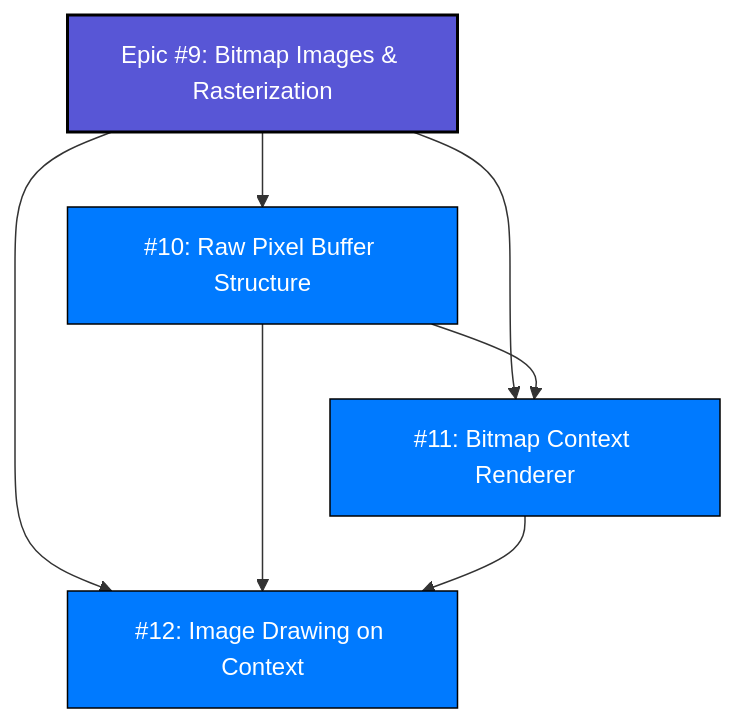
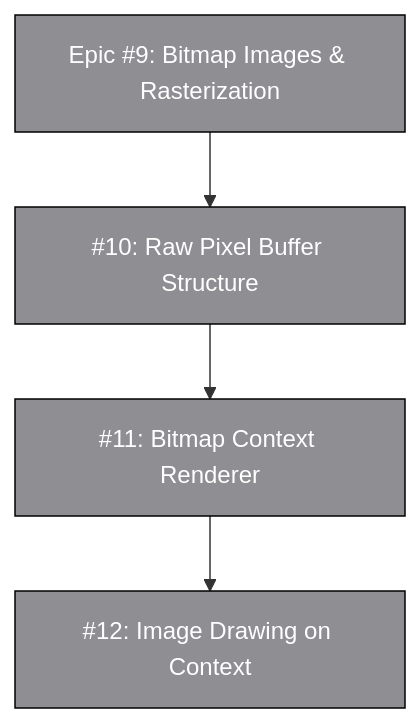
One commit to SlayerMotion/PureDraw changed the first of 4 diagrams in docs/quartz_missing_features_issues.md. Above: the diagram before and after it, drawn with Mermaid. The commit also changed other lines of this file and 1 other file, not shown here.

Commit message:
docs: standardize remaining diagrams with vertical flowchart TB and hex colors

````diff
--- a/docs/quartz_missing_features_issues.md
+++ b/docs/quartz_missing_features_issues.md
@@ -14,17 +14,16 @@
 ```mermaid
-flowchart TD
-    Epic9["Epic #9: Bitmap Images & Rasterization"]:::epic --> I10["#10: Raw Pixel Buffer Structure"]:::issue
-    Epic9 --> I11["#11: Bitmap Context Renderer"]:::issue
-    Epic9 --> I12["#12: Image Drawing on Context"]:::issue
-    
-    I10 --> I11
-    I10 --> I12
-    I11 --> I12
+flowchart TB
+    classDef done fill:#34C759,stroke:#000,color:#fff
+    classDef active fill:#007AFF,stroke:#000,color:#fff
+    classDef next fill:#FFCC00,stroke:#000,color:#000
+    classDef review fill:#30B0C7,stroke:#000,color:#fff
+    classDef partial fill:#FF9500,stroke:#000,color:#fff
+    classDef todo fill:#8E8E93,stroke:#000,color:#fff
 
-    classDef epic fill:#5856d6,stroke:#000,color:#fff,stroke-width:2px;
-    classDef issue fill:#007aff,stroke:#000,color:#fff;
+    Epic9["Epic #9: Bitmap Images & Rasterization"]:::todo --> I10["#10: Raw Pixel Buffer Structure"]:::todo --> I11["#11: Bitmap Context Renderer"]:::todo --> I12["#12: Image Drawing on Context"]:::todo
+
     click Epic9 href "https://github.com/mihaelamj/PureDraw/issues/9" "Epic #9"
     click I10 href "https://github.com/mihaelamj/PureDraw/issues/10" "Issue #10"
     click I11 href "https://github.com/mihaelamj/PureDraw/issues/11" "Issue #11"
     click I12 href "https://github.com/mihaelamj/PureDraw/issues/12" "Issue #12"
 ```
````
